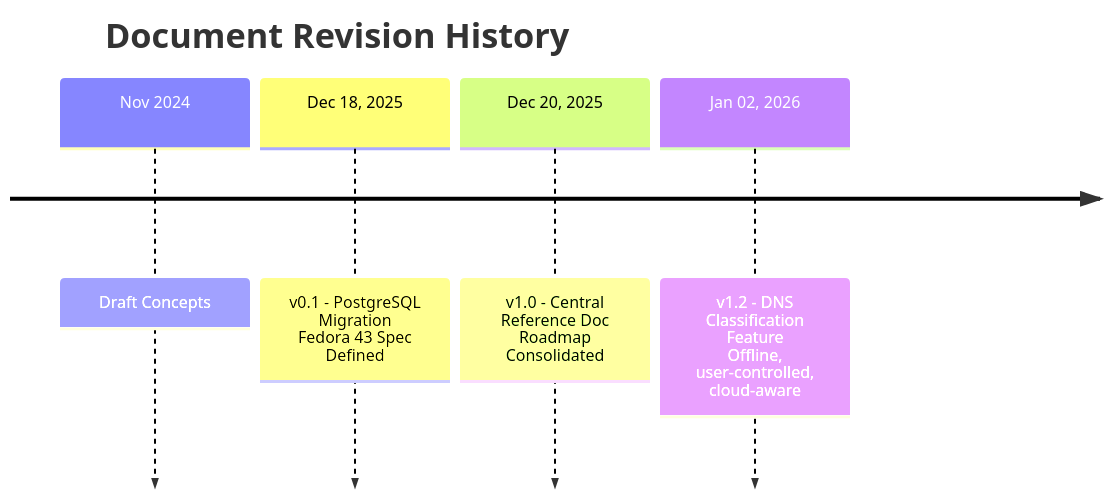
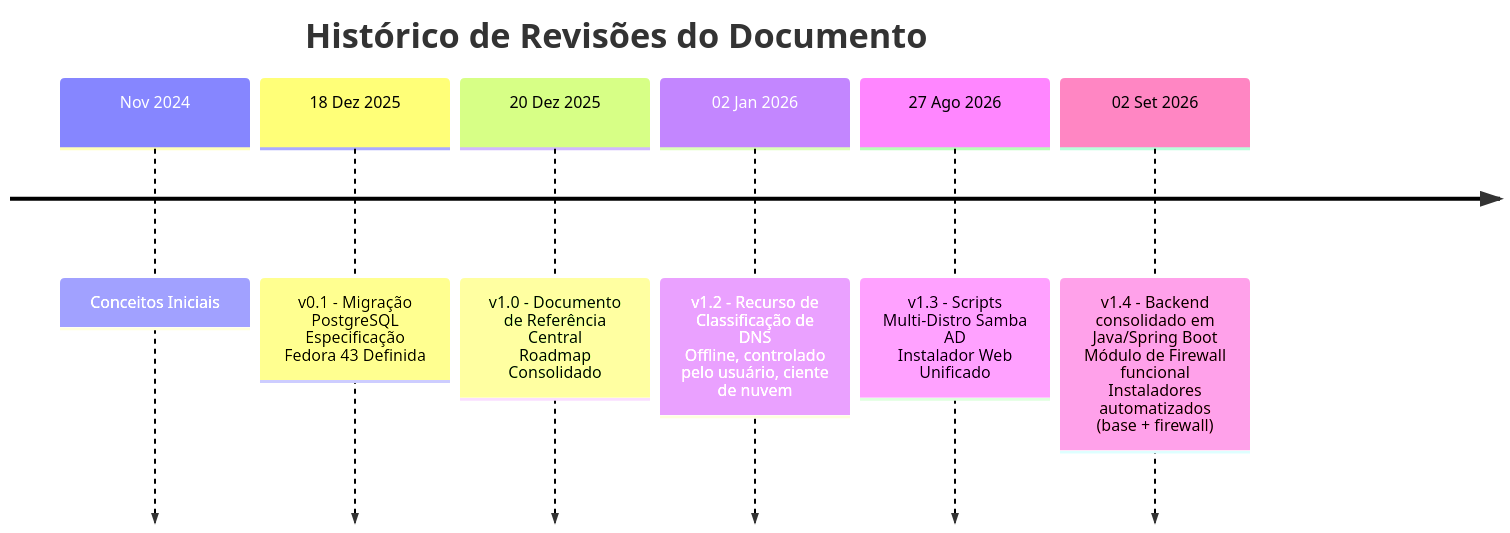
The fifth of 5 diagrams in projectupdates.md (euripedesdark/astral-plataform-hci), drawn with Mermaid before and after one commit. The commit also changed other lines of this file, not shown here.

````diff
--- a/projectupdates.md
+++ b/projectupdates.md
@@ -283,8 +286,10 @@
 ```mermaid
 timeline
-    title Document Revision History
-    Nov 2024 : Draft Concepts
-    Dec 18, 2025 : v0.1 - PostgreSQL Migration <br> Fedora 43 Spec Defined
-    Dec 20, 2025 : v1.0 - Central Reference Doc <br> Roadmap Consolidated
-    Jan 02, 2026 : v1.2 - DNS Classification Feature <br> Offline, user-controlled, cloud-aware
+    title Histórico de Revisões do Documento
+    Nov 2024 : Conceitos Iniciais
+    18 Dez 2025 : v0.1 - Migração PostgreSQL <br> Especificação Fedora 43 Definida
+    20 Dez 2025 : v1.0 - Documento de Referência Central <br> Roadmap Consolidado
+    02 Jan 2026 : v1.2 - Recurso de Classificação de DNS <br> Offline, controlado pelo usuário, ciente de nuvem
+    27 Ago 2026 : v1.3 - Scripts Multi-Distro Samba AD <br> Instalador Web Unificado
+    02 Set 2026 : v1.4 - Backend consolidado em Java/Spring Boot <br> Módulo de Firewall funcional <br> Instaladores automatizados (base + firewall)
 ```
````
